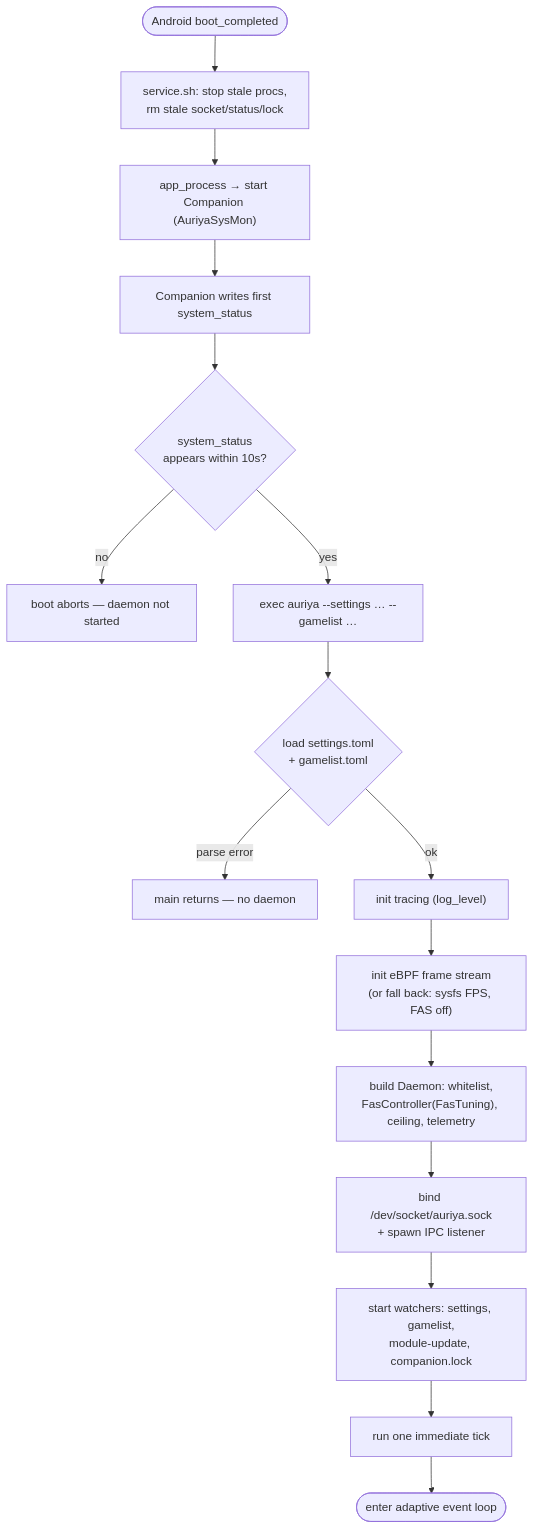
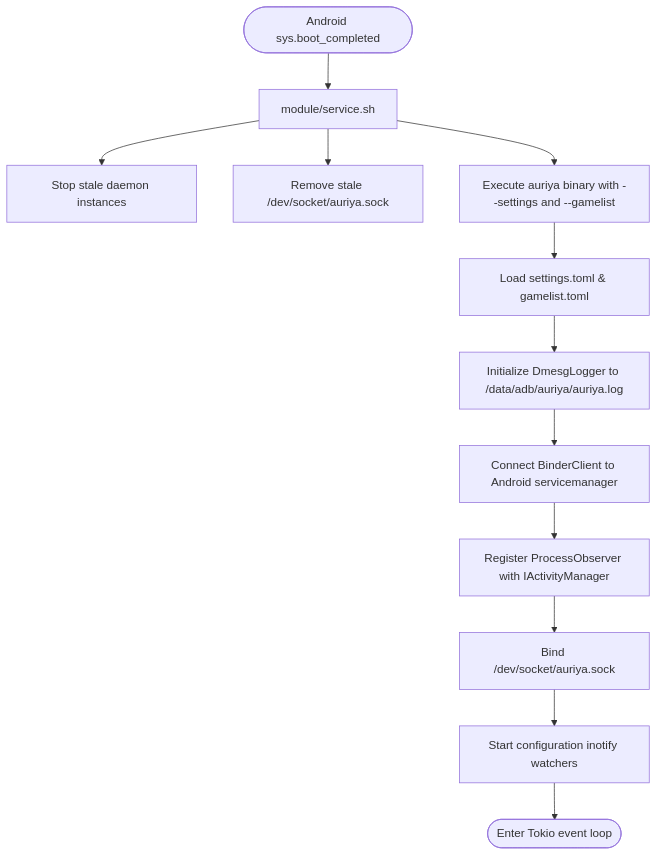
One commit to pavelc4/auriya-wiki changed the second of 2 diagrams in src/content/docs/architecture/data-flow.md. Above: the diagram before and after it, drawn with Mermaid. The commit also changed other lines of this file and 42 other files, not shown here.

Commit message:
docs: overhaul architecture documentation for v2.2.0 Native Binder IPC

````diff
--- a/src/content/docs/architecture/data-flow.md
+++ b/src/content/docs/architecture/data-flow.md
@@ -55,18 +56,15 @@
 ```mermaid
 flowchart TD
-    boot([Android boot_completed]) --> svc["service.sh: stop stale procs,<br/>rm stale socket/status/lock"]
-    svc --> comp["app_process → start Companion (AuriyaSysMon)"]
-    comp --> cw["Companion writes first system_status"]
-    cw --> wait{"system_status<br/>appears within 10s?"}
-    wait -->|no| fail1["boot aborts — daemon not started"]
-    wait -->|yes| exec["exec auriya --settings … --gamelist …"]
-    exec --> load{"load settings.toml<br/>+ gamelist.toml"}
-    load -->|parse error| fail2["main returns — no daemon"]
-    load -->|ok| trace["init tracing (log_level)"]
-    trace --> ebpf["init eBPF frame stream<br/>(or fall back: sysfs FPS, FAS off)"]
-    ebpf --> build["build Daemon: whitelist,<br/>FasController(FasTuning), ceiling, telemetry"]
-    build --> bind["bind /dev/socket/auriya.sock<br/>+ spawn IPC listener"]
-    bind --> watch["start watchers: settings, gamelist,<br/>module-update, companion.lock"]
-    watch --> tick0["run one immediate tick"]
-    tick0 --> loop([enter adaptive event loop])
+    boot([Android sys.boot_completed]) --> svc["module/service.sh"]
+    svc --> c1["Stop stale daemon instances"]
+    svc --> c2["Remove stale /dev/socket/auriya.sock"]
+    svc --> c3["Execute auriya binary with --settings and --gamelist"]
+
+    c3 --> d1["Load settings.toml & gamelist.toml"]
+    d1 --> d2["Initialize DmesgLogger to /data/adb/auriya/auriya.log"]
+    d2 --> d3["Connect BinderClient to Android servicemanager"]
+    d3 --> d4["Register ProcessObserver with IActivityManager"]
+    d4 --> d5["Bind /dev/socket/auriya.sock"]
+    d5 --> d6["Start configuration inotify watchers"]
+    d6 --> loop([Enter Tokio event loop])
 ```
````
